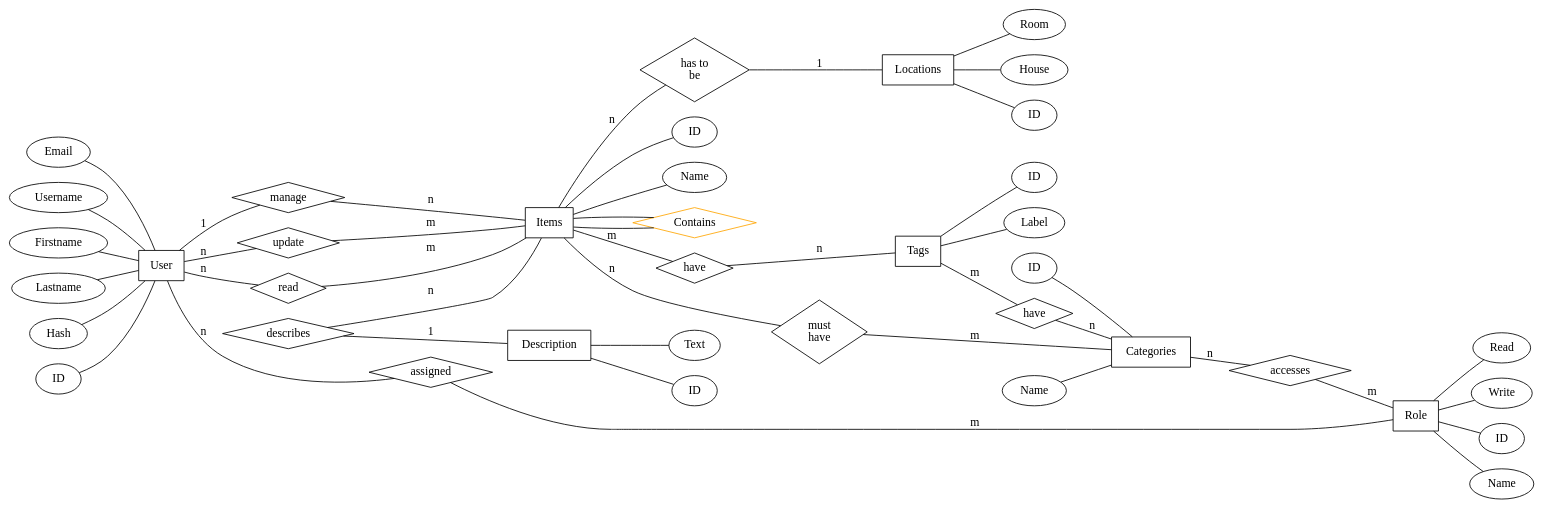
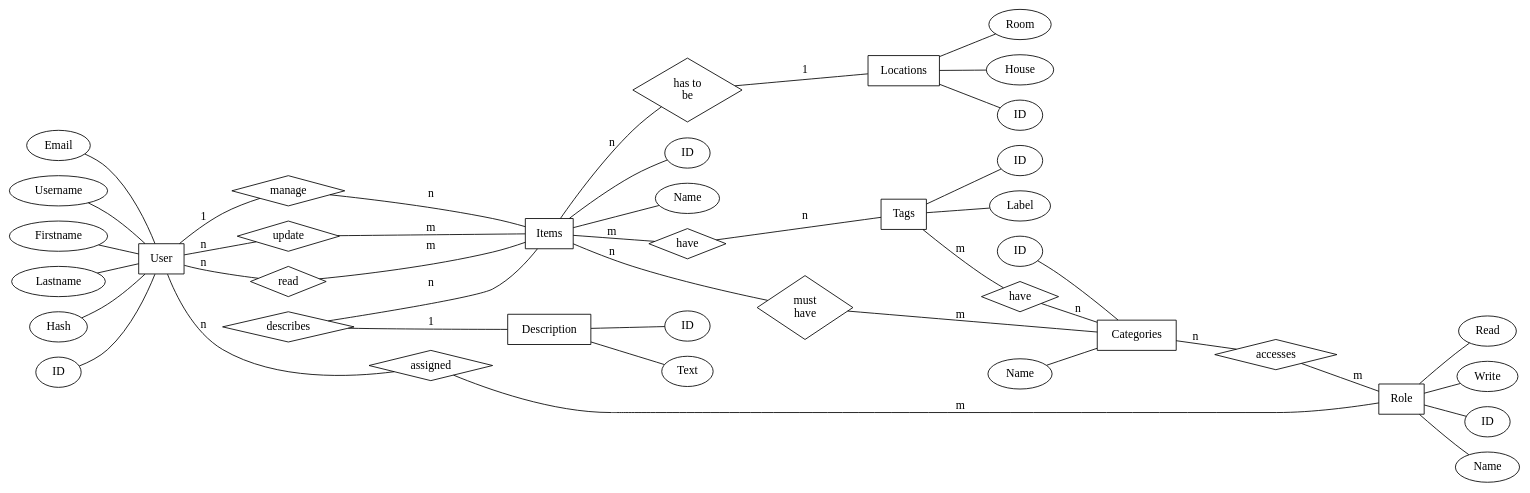
Before and after one commit to gruener-campus-malchow/inventix: the diagram in doc/db/erm.dot, drawn with Graphviz.

Commit message:
'Items' contains 'Items' relation gelöst

```diff
--- a/doc/db/erm.dot
+++ b/doc/db/erm.dot
@@ -1,161 +1,156 @@
 graph ERM {
  rankdir=LR;
 
 # user -> item
     u_i_1 [label = "update", shape = "diamond"]
     u_i_2 [label = "read", shape = "diamond"]
     u_i_3 [label = "manage", shape = "diamond"]
     
 # user -> role
     u_r_1  [label = "assigned", shape = "diamond"]
     
 # have
     i_t_1 [label = "have", shape = "diamond"]
     t_c_1 [label = "have", shape = "diamond"]
 
     i_c_1 [label = "must \n have", shape = "diamond"]
     
     u_l_1 [label = "has to \n be", shape = "diamond"]
  
     co_i_1 [label = "describes", shape = "diamond"]
-    
-    Contains [label="Contains", shape="diamond", color="orange"]
     
     c_r_1 [label = "accesses", shape = "diamond"]
  
     
 # objekte
 
     User [shape = "box"]
     
     Items [shape = "box"]
     
     Locations [shape = "box"]
     
     Categories [shape = "box"]
     
     Tags [shape = "box"]
     
     Role [shape = "box"]
     
     Description [shape = "box"]
 
 
 # Attribute
     
     #User
         u_Email [label = "Email"]
         u_userName [label = "Username"]
         u_firstName [label = "Firstname"]
         u_lastName [label = "Lastname"]
         u_hash [label = "Hash"]
         u_id [label = "ID"]
     
     #Items
         i_id [label = "ID"]
         i_name [label = "Name"]
         
     # Tags
         t_id [label = "ID"]
         # t_content [label = "content"] [color = "orange"]
         t_label [label = "Label"]
         
     # Categories
         c_name [label = "Name"]
         c_id [label = "ID"]
         
     #Description
         d_id [label = "ID"]
         d_text [label = "Text"]
         
     # Locations
         lo_id [label = "ID"]
         lo_Room [label = "Room"]
         lo_House [label = "House"]
     
 # Relationships
 
     # u_i
         User -- u_i_1 [label = "n"]
         User -- u_i_2 [label = "n"]
         User -- u_i_3 [label = "1"]
     
         u_i_1 -- Items [label = "m"]
         u_i_2 -- Items [label = "m"]
         u_i_3 -- Items [label = "n"]
     
     # i_t
         Items -- i_t_1 [label = "m"]
         i_t_1 -- Tags [label = "n"]
         
     # i_c
         Items -- i_c_1 [label = "n"]
         i_c_1 -- Categories [label = "m"]
         
     # t_c
         Tags -- t_c_1 [label = "m"]
         t_c_1 -- Categories [label = "n"]
         
     # i_l
         Items -- u_l_1 [label = "n"]
         u_l_1 -- Locations [label = "1"]
         
     # u_r
         User -- u_r_1 [label = "n"]
         u_r_1 -- Role [label = "m"]
     
     # co_i
         co_i_1 -- Items [label = "n"]
         co_i_1 -- Description [label = "1"]
         
-    # Items
-        Items -- Contains
-        Contains -- Items
         
     # Role-Categories
         Categories -- c_r_1 [label = "n"]
         c_r_1 -- Role [label = "m"]
         
         
 
 # Attribute zuweisen
     
     # User
         u_hash -- User
         u_Email -- User
         u_firstName -- User
         u_lastName -- User
         u_userName -- User
         u_id -- User
     
     # Items
         Items -- i_id
         Items -- i_name
         
     # Tags
         Tags -- t_id
         #Tags -- t_content 
         Tags -- t_label
         
     # Categories
         c_name -- Categories
         c_id -- Categories
 
     # Description
         Description -- d_id
         Description -- d_text
 
     # Locations
     
         Locations -- lo_id
         Locations -- lo_House
         Locations -- lo_Room
        # Locations -- Container
     # Role
     
         Role -- Read
         Role -- Write
         Role -- ID
         Role -- Name
         
 }
```
